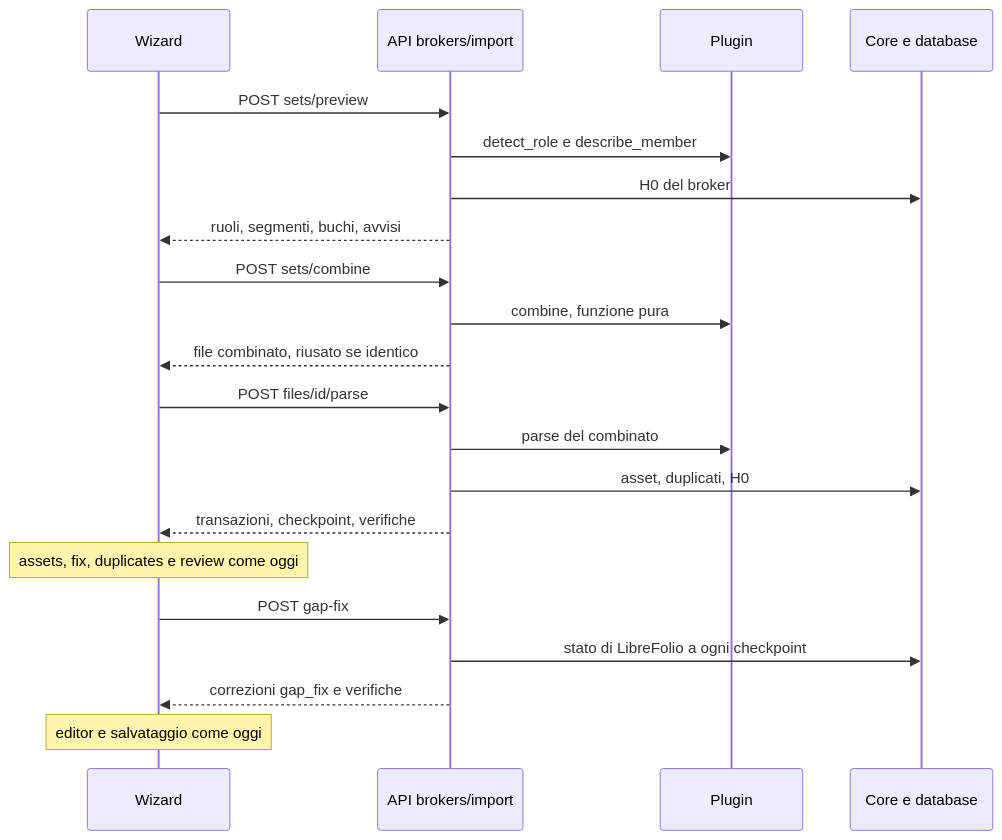
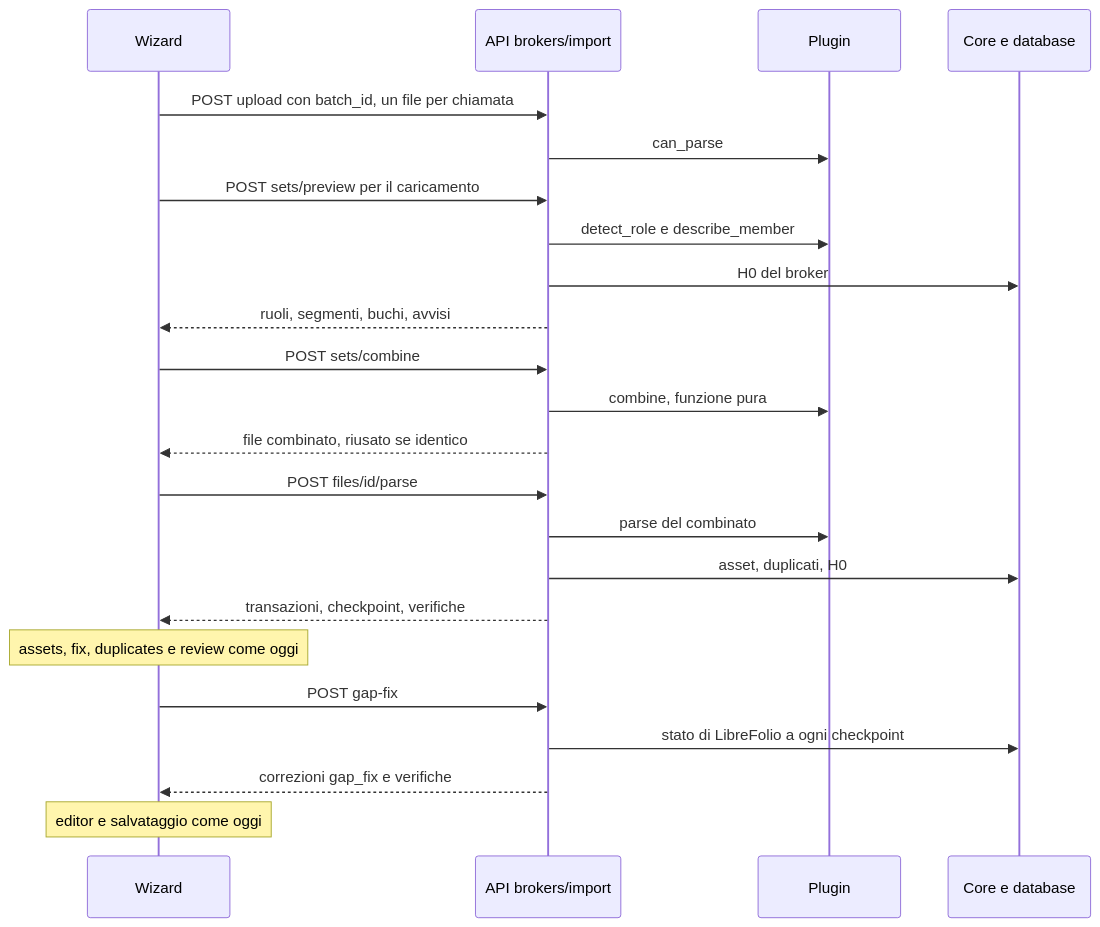
Before and after one commit to Librefolio/LibreFolio: the diagram in LibreFolio_developer_journal/Release_2/Phase_0/26_brimDanskeBank/design-phase00BrimReportSets.md, drawn with Mermaid. The commit also changed other lines of this file and 1 other file, not shown here.

````diff
--- a/LibreFolio_developer_journal/Release_2/Phase_0/26_brimDanskeBank/design-phase00BrimReportSets.md
+++ b/LibreFolio_developer_journal/Release_2/Phase_0/26_brimDanskeBank/design-phase00BrimReportSets.md
@@ -98,23 +103,25 @@
 ```mermaid
 sequenceDiagram
   participant W as Wizard
   participant A as API brokers/import
   participant P as Plugin
   participant C as Core e database
-  W->>A: POST sets/preview
+  W->>A: POST upload con batch_id, un file per chiamata
+  A->>P: can_parse
+  W->>A: POST sets/preview per il caricamento
   A->>P: detect_role e describe_member
   A->>C: H0 del broker
   A-->>W: ruoli, segmenti, buchi, avvisi
   W->>A: POST sets/combine
   A->>P: combine, funzione pura
   A-->>W: file combinato, riusato se identico
   W->>A: POST files/id/parse
   A->>P: parse del combinato
   A->>C: asset, duplicati, H0
   A-->>W: transazioni, checkpoint, verifiche
   Note over W: assets, fix, duplicates e review come oggi
   W->>A: POST gap-fix
   A->>C: stato di LibreFolio a ogni checkpoint
   A-->>W: correzioni gap_fix e verifiche
   Note over W: editor e salvataggio come oggi
 ```
````
